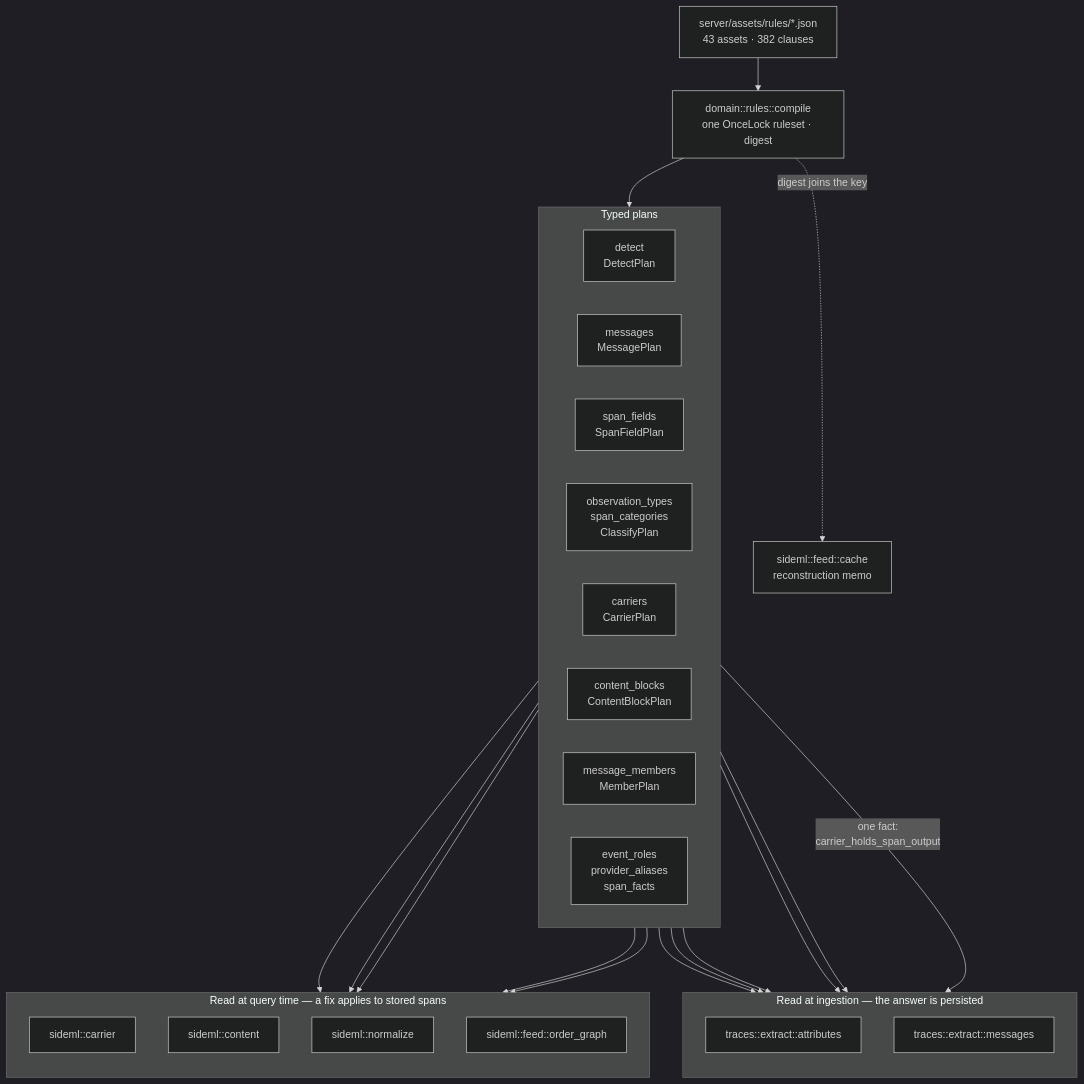
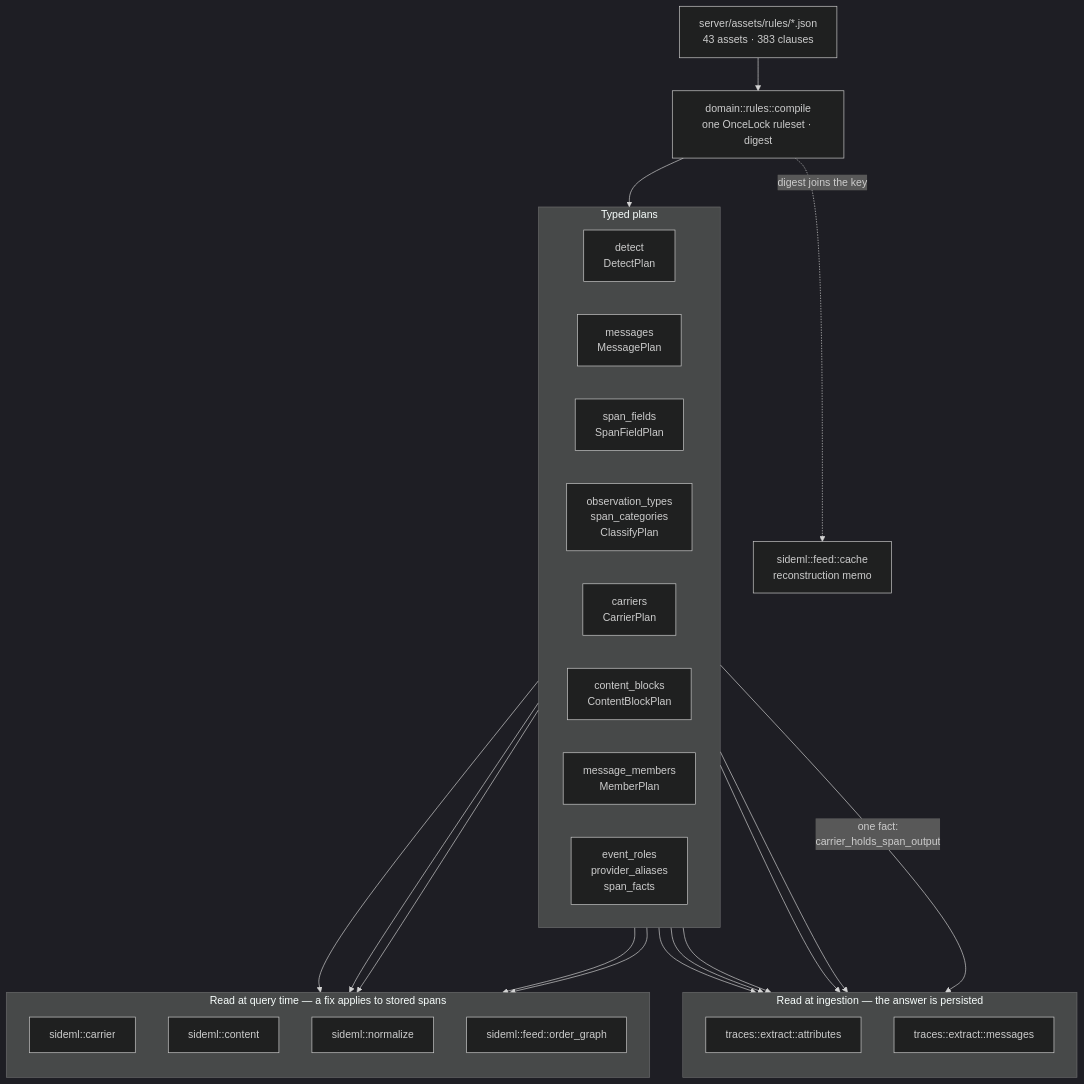
Before and after one commit to sideseat/sideseat: the first of 7 diagrams in docs/engineering/architecture-diagrams.md, drawn with Mermaid (dark theme). The commit also changed 22 other files, not shown here.

````diff
--- a/docs/engineering/architecture-diagrams.md
+++ b/docs/engineering/architecture-diagrams.md
@@ -18,47 +18,47 @@
 ```mermaid
 flowchart TB
-    assets["server/assets/rules/*.json<br/>43 assets · 382 clauses"]
+    assets["server/assets/rules/*.json<br/>43 assets · 383 clauses"]
     compile["domain::rules::compile<br/>one OnceLock ruleset · digest"]
     assets --> compile
 
     subgraph plans["Typed plans"]
         direction LR
         detect["detect<br/>DetectPlan"]
         messages["messages<br/>MessagePlan"]
         fields["span_fields<br/>SpanFieldPlan"]
         classify["observation_types<br/>span_categories<br/>ClassifyPlan"]
         carriers["carriers<br/>CarrierPlan"]
         blocks["content_blocks<br/>ContentBlockPlan"]
         members["message_members<br/>MemberPlan"]
         roles["event_roles<br/>provider_aliases<br/>span_facts"]
     end
     compile --> plans
 
     subgraph ingest["Read at ingestion — the answer is persisted"]
         direction TB
         attrs["traces::extract::attributes"]
         msgs["traces::extract::messages"]
     end
 
     subgraph query["Read at query time — a fix applies to stored spans"]
         direction TB
         carrier["sideml::carrier"]
         content["sideml::content"]
         normalize["sideml::normalize"]
         order["sideml::feed::order_graph"]
     end
 
     detect --> attrs
     fields --> attrs
     classify --> attrs
     roles --> attrs
     messages --> msgs
     carriers -->|"one fact:<br/>carrier_holds_span_output"| msgs
     carriers --> carrier
     carriers --> order
     blocks --> content
     members --> content
     roles --> normalize
 
     compile -. "digest joins the key" .-> cache["sideml::feed::cache<br/>reconstruction memo"]
 ```
````
